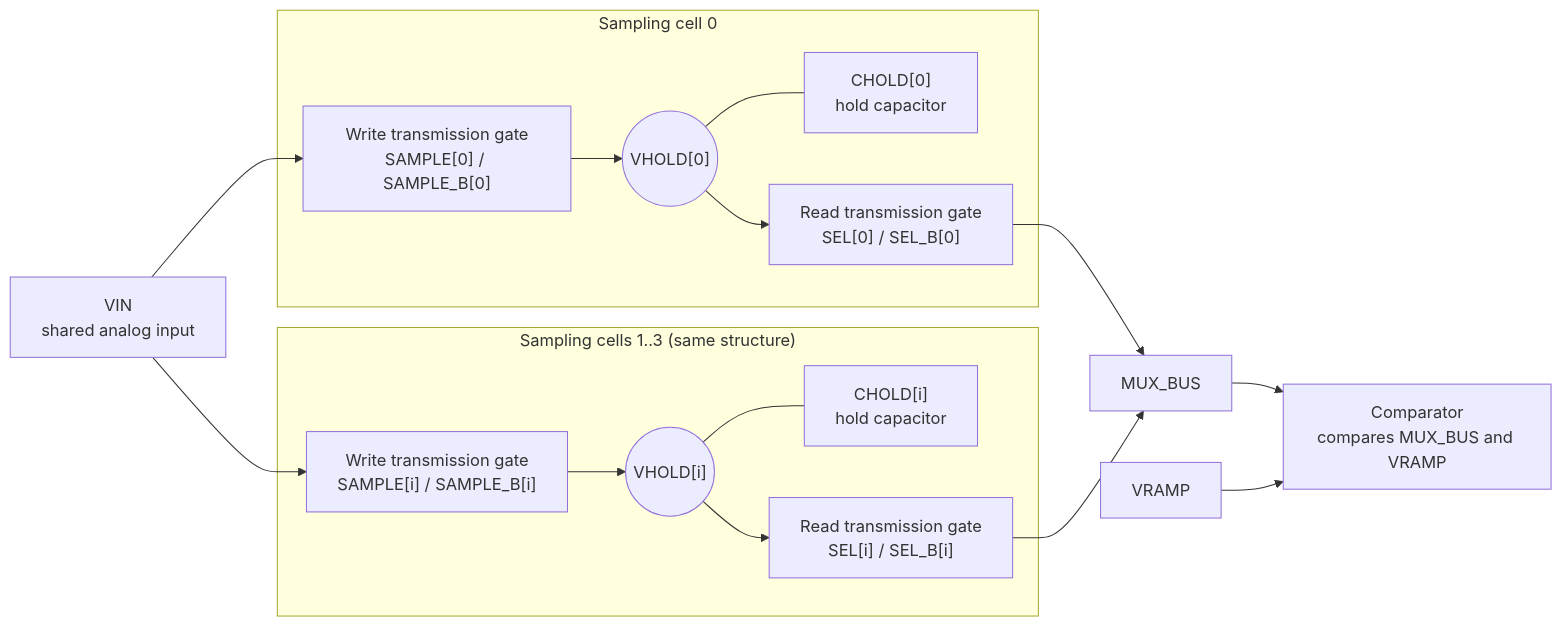
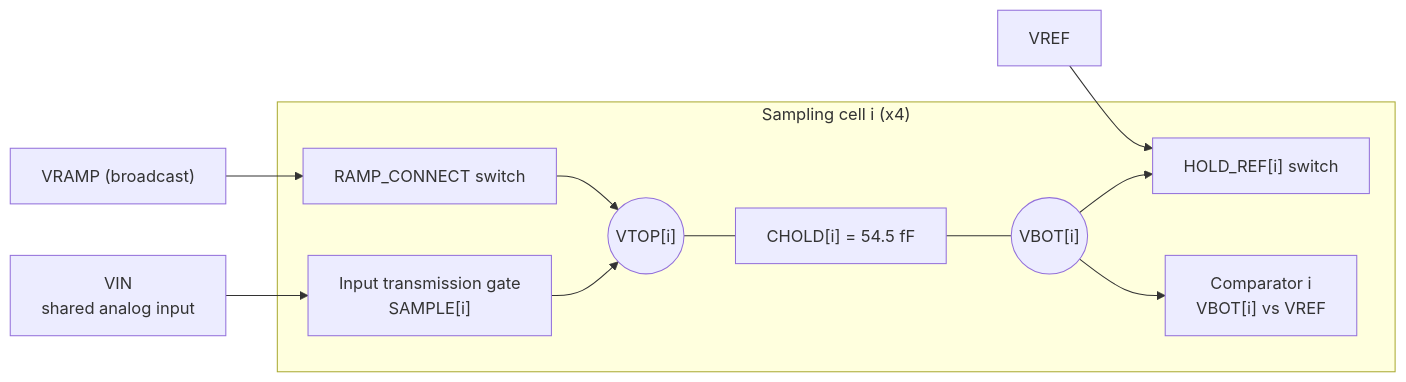
The diagram in docs/PROTOTYPE_SPECIFICATION.md (sykeisuke/asic_rd), drawn with Mermaid before and after one commit. The commit also changed other lines of this file and 8 other files, not shown here.

First line of the commit message:
Docs: spec 0.6-draft (parallel conversion, bottom-plate sampling, 54.5 fF MIM, 8 bit), ADR 0005, matrix, interface, handoff, roadmap

````diff
--- a/docs/PROTOTYPE_SPECIFICATION.md
+++ b/docs/PROTOTYPE_SPECIFICATION.md
@@ -137,28 +162,22 @@
 ```mermaid
 flowchart LR
     VIN["VIN<br/>shared analog input"]
-    subgraph C0["Sampling cell 0"]
-      SW0["Write transmission gate<br/>SAMPLE[0] / SAMPLE_B[0]"]
-      H0(("VHOLD[0]"))
-      CAP0["CHOLD[0]<br/>hold capacitor"]
-      R0["Read transmission gate<br/>SEL[0] / SEL_B[0]"]
-      SW0 --> H0
-      H0 --- CAP0
-      H0 --> R0
+    subgraph C0["Sampling cell i (x4)"]
+      SW["Input transmission gate<br/>SAMPLE[i]"]
+      TOP(("VTOP[i]"))
+      CAP["CHOLD[i] = 54.5 fF"]
+      BOT(("VBOT[i]"))
+      HR["HOLD_REF[i] switch"]
+      RC["RAMP_CONNECT switch"]
+      CMP["Comparator i<br/>VBOT[i] vs VREF"]
+      SW --> TOP
+      TOP --- CAP
+      CAP --- BOT
+      BOT --> HR
+      RC --> TOP
+      BOT --> CMP
     end
-    subgraph C1["Sampling cells 1..3 (same structure)"]
-      SWX["Write transmission gate<br/>SAMPLE[i] / SAMPLE_B[i]"]
-      HX(("VHOLD[i]"))
-      CAPX["CHOLD[i]<br/>hold capacitor"]
-      RX["Read transmission gate<br/>SEL[i] / SEL_B[i]"]
-      SWX --> HX
-      HX --- CAPX
-      HX --> RX
-    end
-    VIN --> SW0
-    VIN --> SWX
-    R0 --> BUS["MUX_BUS"]
-    RX --> BUS
-    BUS --> CMP["Comparator<br/>compares MUX_BUS and VRAMP"]
-    RAMP["VRAMP"] --> CMP
+    VIN --> SW
+    VREF["VREF"] --> HR
+    VRAMP["VRAMP (broadcast)"] --> RC
 ```
````
